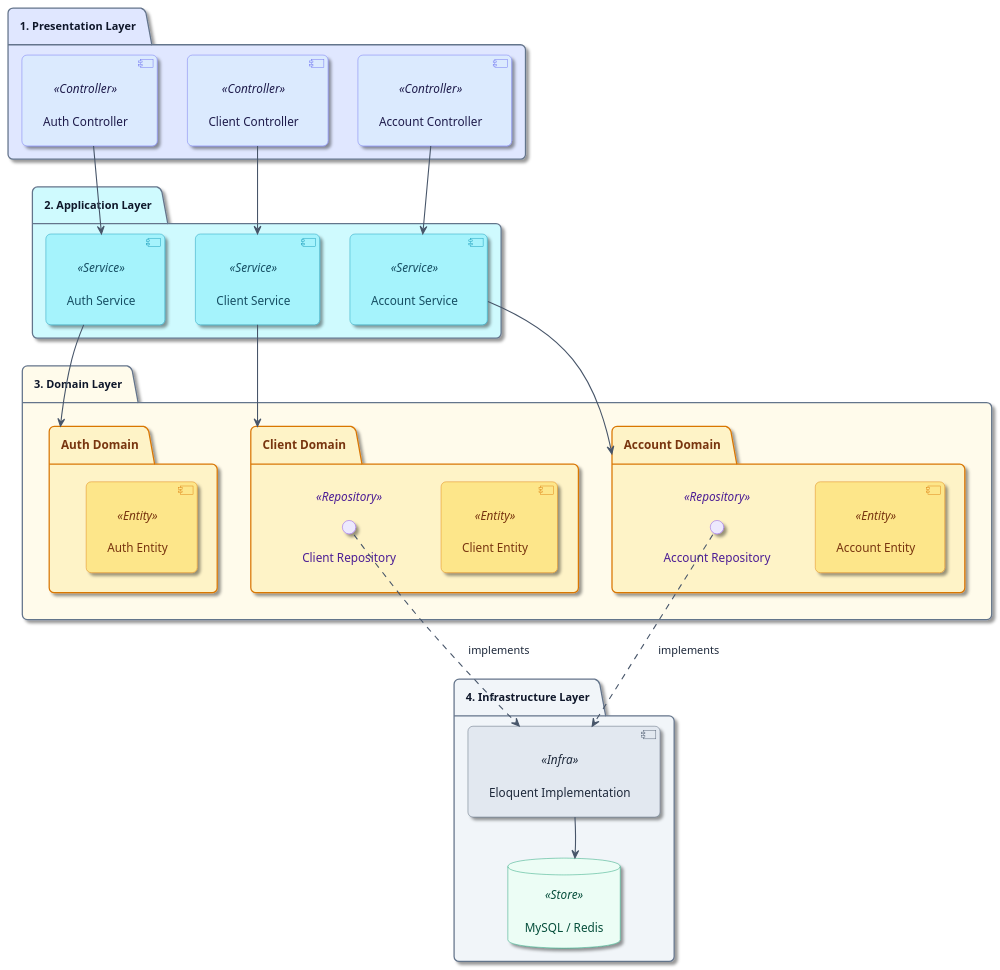
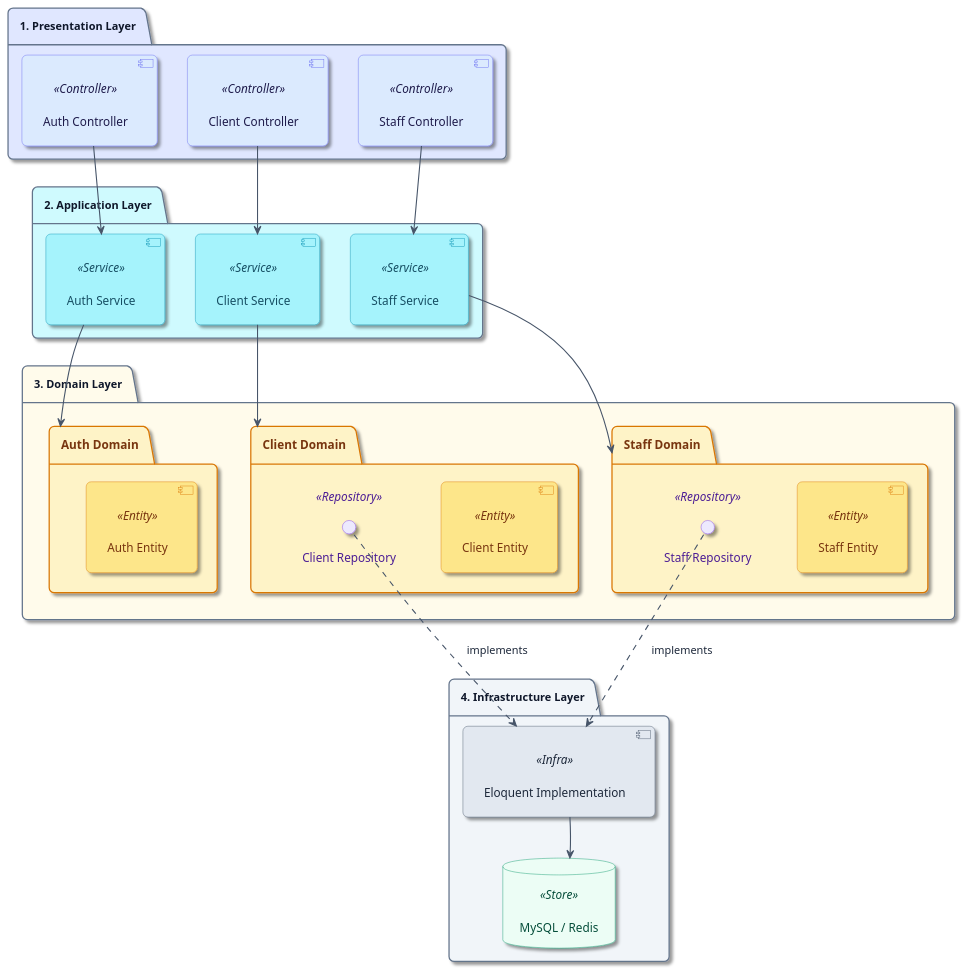
The diagram in docs/architecture/backend.puml (bobtabo/authorization), drawn with PlantUML before and after one commit. The commit also changed 4 other files, not shown here.

```diff
--- a/docs/architecture/backend.puml
+++ b/docs/architecture/backend.puml
@@ -1,114 +1,114 @@
 @startuml
 ' docs/ui-flow 準拠 + コンポーネントに色（ステレオタイプ）
-' 主フローは上→下。各層内は左→右（Auth→Client→Account）で視線は左上→右下に近い
+' 主フローは上→下。各層内は左→右（Auth→Client→Staff）で視線は左上→右下に近い
 skinparam shadowing true
 skinparam roundcorner 12
 skinparam Padding 10
 skinparam BoxPadding 8
 ' T→B: ranksep=層の縦方向、nodesep=同ランク内の横方向
 skinparam nodesep 36
 skinparam ranksep 48
 top to bottom direction
 
 skinparam defaultFontColor #1E293B
 skinparam ArrowColor #475569
 skinparam ArrowThickness 1.3
 
 skinparam package {
     BorderColor #64748B
     FontColor #0F172A
     FontStyle bold
     FontSize 13
 }
 
 skinparam component<<Controller>> {
     BackgroundColor #DBEAFE
     BorderColor #6366F1
     FontColor #1E1B4B
 }
 skinparam component<<Service>> {
     BackgroundColor #A5F3FC
     BorderColor #0891B2
     FontColor #164E63
 }
 skinparam component<<Entity>> {
     BackgroundColor #FDE68A
     BorderColor #D97706
     FontColor #78350F
 }
 skinparam component<<Infra>> {
     BackgroundColor #E2E8F0
     BorderColor #475569
     FontColor #1E293B
 }
 
 skinparam interface<<Repository>> {
     BackgroundColor #EDE9FE
     BorderColor #7C3AED
     FontColor #4C1D95
 }
 
 skinparam database<<Store>> {
     BackgroundColor #ECFDF5
     BorderColor #059669
     FontColor #064E3B
 }
 
 skinparam folder {
     BackgroundColor #FEF3C7
     BorderColor #D97706
     FontColor #78350F
 }
 
 package "1. Presentation Layer" #E0E7FF {
     [Auth Controller] <<Controller>>
     [Client Controller] <<Controller>>
-    [Account Controller] <<Controller>>
+    [Staff Controller] <<Controller>>
     [Auth Controller] -[hidden]right- [Client Controller]
-    [Client Controller] -[hidden]right- [Account Controller]
+    [Client Controller] -[hidden]right- [Staff Controller]
 }
 
 package "2. Application Layer" #CFFAFE {
     [Auth Service] <<Service>>
     [Client Service] <<Service>>
-    [Account Service] <<Service>>
+    [Staff Service] <<Service>>
     [Auth Service] -[hidden]right- [Client Service]
-    [Client Service] -[hidden]right- [Account Service]
+    [Client Service] -[hidden]right- [Staff Service]
 }
 
 package "3. Domain Layer" #FFFBEB {
     folder "Auth Domain" {
         [Auth Entity] <<Entity>>
     }
     folder "Client Domain" {
         [Client Entity] <<Entity>>
         interface "Client Repository" <<Repository>>
     }
-    folder "Account Domain" {
-        [Account Entity] <<Entity>>
-        interface "Account Repository" <<Repository>>
+    folder "Staff Domain" {
+        [Staff Entity] <<Entity>>
+        interface "Staff Repository" <<Repository>>
     }
     "Auth Domain" -[hidden]right- "Client Domain"
-    "Client Domain" -[hidden]right- "Account Domain"
+    "Client Domain" -[hidden]right- "Staff Domain"
 }
 
 package "4. Infrastructure Layer" #F1F5F9 {
     [Eloquent Implementation] <<Infra>>
     database "MySQL / Redis" as mysqlRedis <<Store>>
     [Eloquent Implementation] -[hidden]down- mysqlRedis
 }
 
 [Auth Controller] -down-> [Auth Service]
 [Client Controller] -down-> [Client Service]
-[Account Controller] -down-> [Account Service]
+[Staff Controller] -down-> [Staff Service]
 
 [Auth Service] -down-> "Auth Domain"
 [Client Service] -down-> "Client Domain"
-[Account Service] -down-> "Account Domain"
+[Staff Service] -down-> "Staff Domain"
 
 ' 下向きで「実装」を示す（..|> の上向き矢印を避ける）
 "Client Repository" ..> [Eloquent Implementation] : implements
-"Account Repository" ..> [Eloquent Implementation] : implements
+"Staff Repository" ..> [Eloquent Implementation] : implements
 [Eloquent Implementation] -down-> mysqlRedis
 
 @enduml
```
